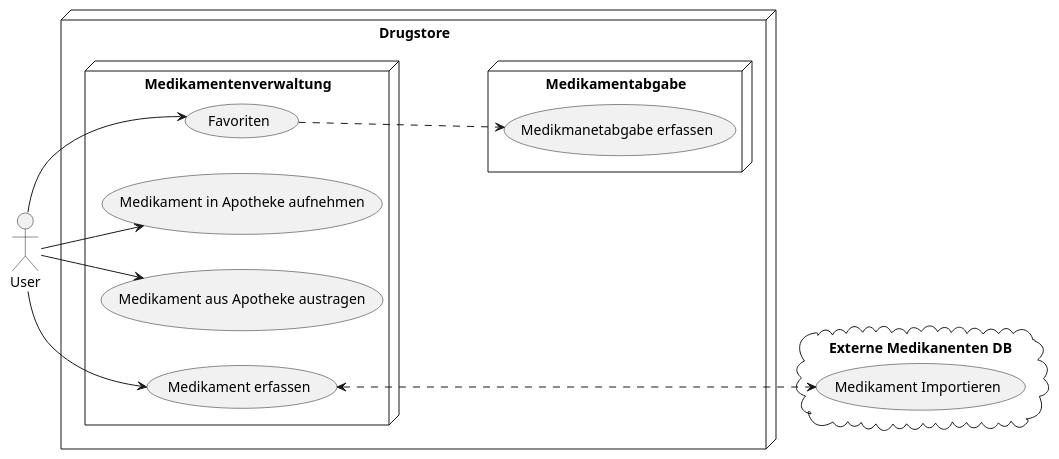
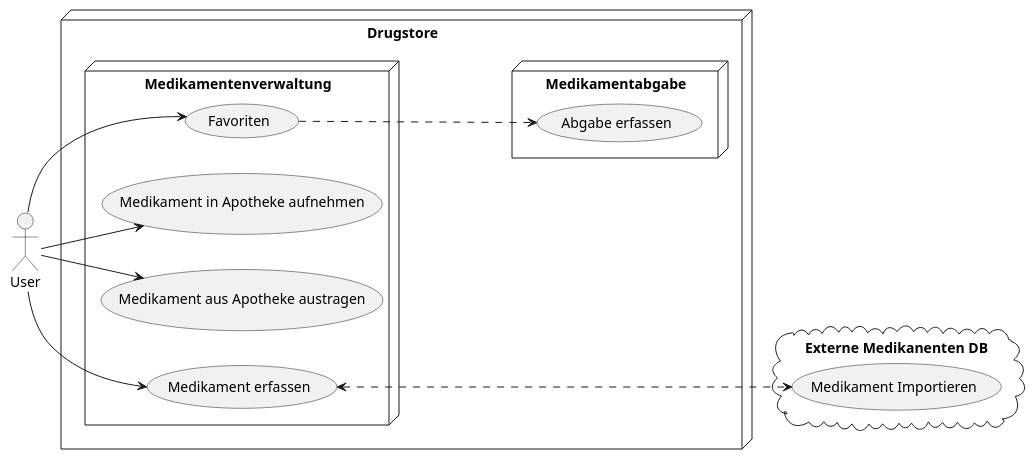
Before and after one commit to lucahost/drugstore: the diagram in docs/use-cases/20_drug-management.puml, drawn with PlantUML.

Commit message:
Update usecase diagram

```diff
--- a/docs/use-cases/20_drug-management.puml
+++ b/docs/use-cases/20_drug-management.puml
@@ -1,28 +1,28 @@
 @startuml usecase-overview
 left to right direction
 node Drugstore {
 
     node Medikamentenverwaltung {
         usecase "Medikament erfassen" as UC21
         usecase "Medikament in Apotheke aufnehmen" as UC22
         usecase "Medikament aus Apotheke austragen" as UC23
         usecase "Favoriten" as UC24
     }
 
     node Medikamentabgabe {
-        usecase "Medikmanetabgabe erfassen" as UC31
+        usecase "Abgabe erfassen" as UC31
     }
 }
 cloud "Externe Medikanenten DB" {
     usecase "Medikament Importieren" as DrugImport
 }
 
 :User: --> UC21
 :User: --> UC22
 :User: --> UC23
 :User: --> UC24
 
 UC24 ...> UC31
 UC21 <....> DrugImport
 
 @enduml
```
